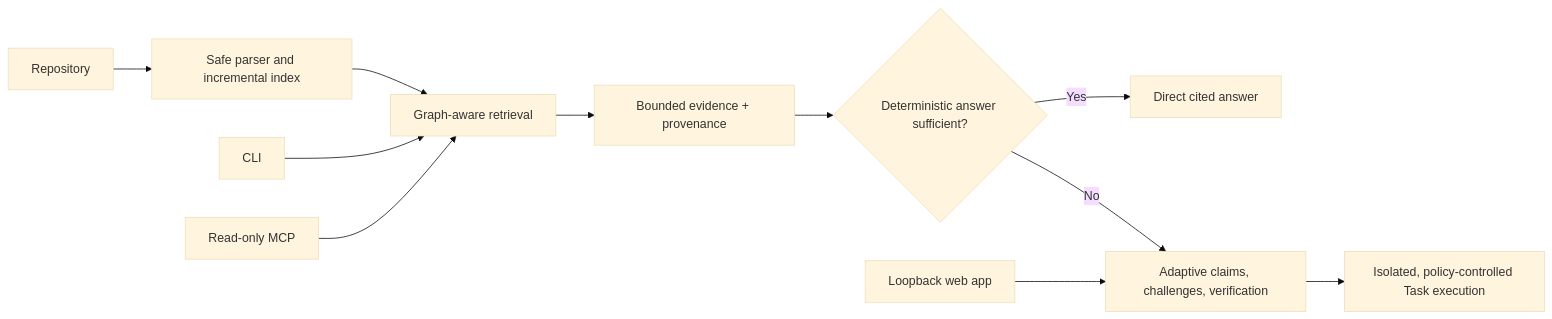
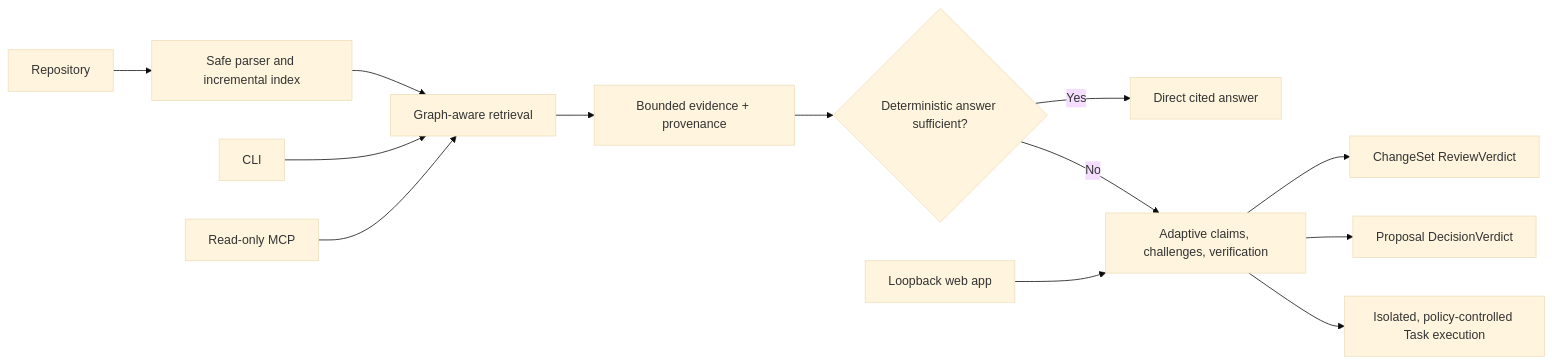
One commit to carvalhobfr/conclave changed the diagram in README.md. Above: the diagram before and after it, drawn with Mermaid (base theme). The commit also changed other lines of this file and 32 other files, not shown here.

````diff
--- a/README.md
+++ b/README.md
@@ -24,13 +26,15 @@
 ```mermaid
 flowchart LR
   Repo[Repository] --> Index[Safe parser and incremental index]
   Index --> Retrieval[Graph-aware retrieval]
   Retrieval --> Evidence[Bounded evidence + provenance]
   Evidence --> Router{Deterministic answer sufficient?}
   Router -->|Yes| Answer[Direct cited answer]
   Router -->|No| Reasoning[Adaptive claims, challenges, verification]
+  Reasoning --> Review[ChangeSet ReviewVerdict]
+  Reasoning --> Decide[Proposal DecisionVerdict]
   Reasoning --> Task[Isolated, policy-controlled Task execution]
   CLI[CLI] --> Retrieval
   Web[Loopback web app] --> Reasoning
   MCP[Read-only MCP] --> Retrieval
 ```
````
